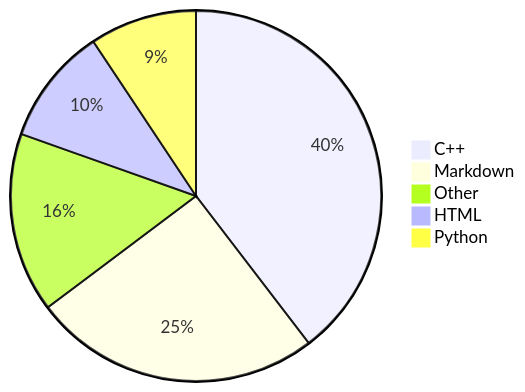
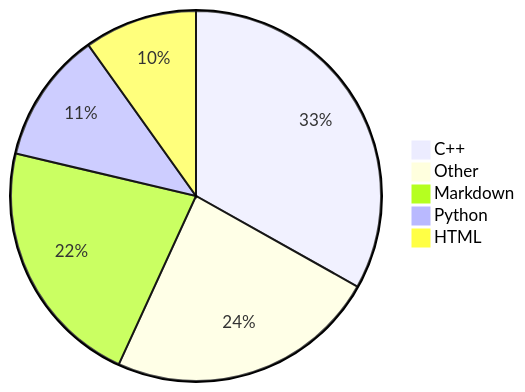
One commit to Alicia111/alicia111 changed the diagram in README.md. Above: the diagram before and after it, drawn with Mermaid.

Commit message:
Update WakaTime stats (・ω・)b

````diff
--- a/README.md
+++ b/README.md
@@ -32,8 +32,8 @@
 ```mermaid
 pie
-    "C++" : 38.25
-    "Markdown" : 24.3
-    "Other" : 15.15
-    "HTML" : 9.89
-    "Python" : 9.02
+    "C++" : 31.13
+    "Other" : 22.27
+    "Markdown" : 20.52
+    "Python" : 10.76
+    "HTML" : 9.26
 ```
````
